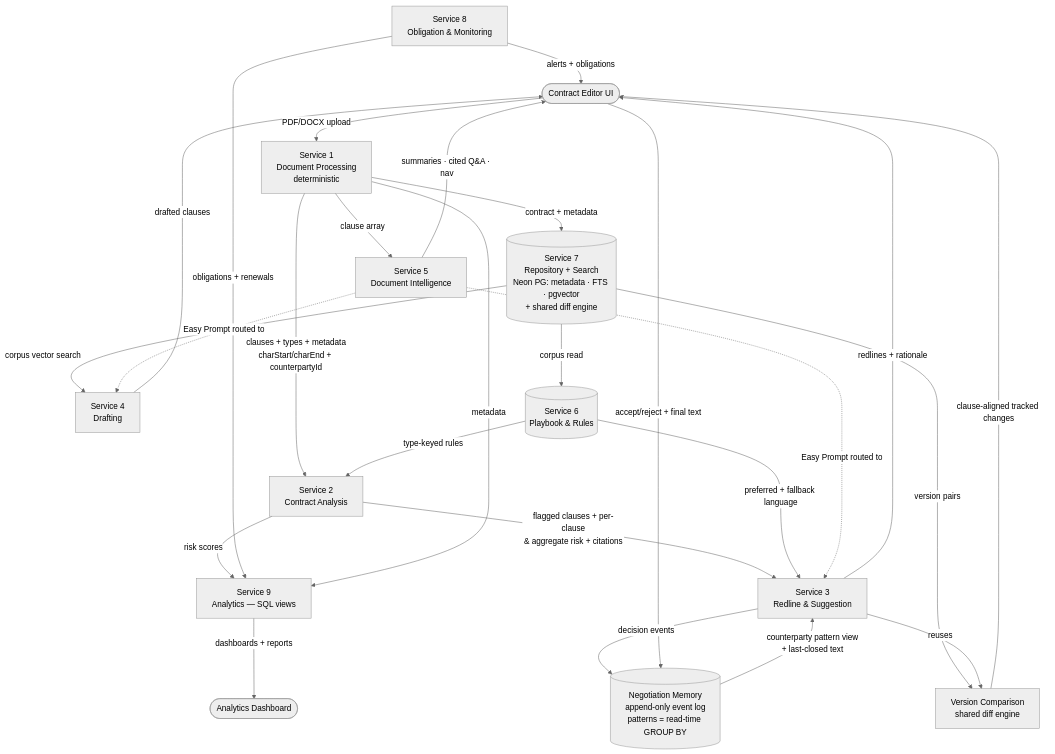
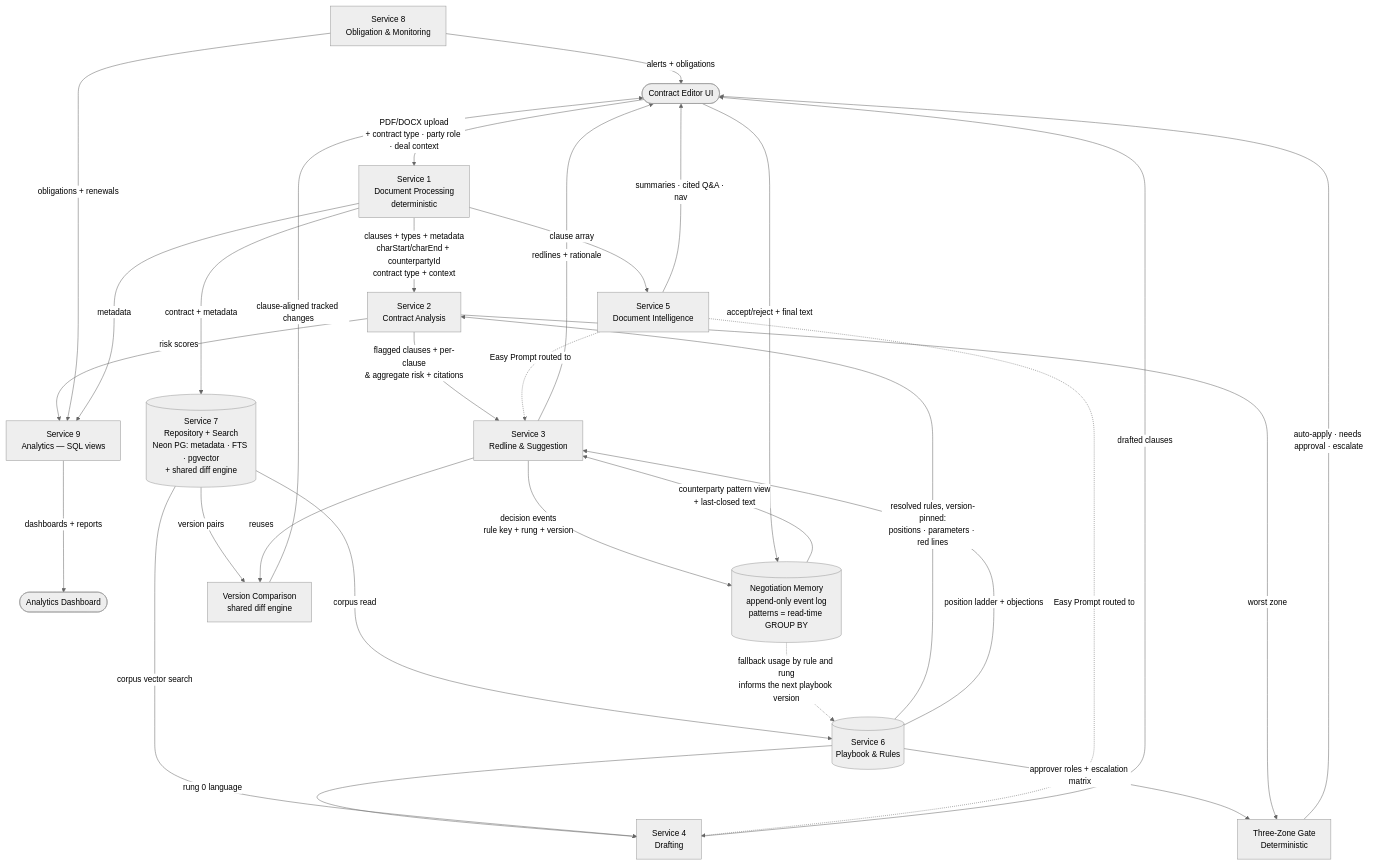
The first of 16 diagrams in development_docs/Architecture.md (Athish49/Precedent), drawn with Mermaid (neutral theme) before and after one commit. The commit also changed other lines of this file and 308 other files, not shown here.

````diff
--- a/development_docs/Architecture.md
+++ b/development_docs/Architecture.md
@@ -19,48 +37,53 @@
 ```mermaid
 flowchart TD
     UI([Contract Editor UI])
     DASH([Analytics Dashboard])
 
     S1[Service 1\nDocument Processing\ndeterministic]
     S2[Service 2\nContract Analysis]
     S3[Service 3\nRedline & Suggestion]
     S4[Service 4\nDrafting]
     S5[Service 5\nDocument Intelligence]
     S6[(Service 6\nPlaybook & Rules)]
     S7[(Service 7\nRepository + Search\nNeon PG: metadata · FTS · pgvector\n+ shared diff engine)]
     S8[Service 8\nObligation & Monitoring]
     S9[Service 9\nAnalytics — SQL views]
     NMS[(Negotiation Memory\nappend-only event log\npatterns = read-time GROUP BY)]
 
-    UI -->|PDF/DOCX upload| S1
-    S1 -->|clauses + types + metadata\ncharStart/charEnd + counterpartyId| S2
+    UI -->|PDF/DOCX upload\n+ contract type · party role · deal context| S1
+    S1 -->|clauses + types + metadata\ncharStart/charEnd + counterpartyId\ncontract type + context| S2
     S2 -->|flagged clauses + per-clause\n& aggregate risk + citations| S3
     S3 -->|redlines + rationale| UI
 
-    S6 -->|type-keyed rules| S2
-    S6 -->|preferred + fallback language| S3
+    S6 -->|resolved rules, version-pinned:\npositions · parameters · red lines| S2
+    S6 -->|position ladder + objections| S3
+    S6 -->|rung 0 language| S4
+    S6 -->|approver roles + escalation matrix| GATE[Three-Zone Gate\nDeterministic]
+    S2 -->|worst zone| GATE
+    GATE -->|auto-apply · needs approval · escalate| UI
     NMS -->|counterparty pattern view\n+ last-closed text| S3
 
     S1 -->|contract + metadata| S7
     S2 -->|risk scores| S9
     S8 -->|obligations + renewals| S9
     S1 -->|metadata| S9
 
     S7 -->|corpus vector search| S4
     S7 -->|corpus read| S6
     S1 -->|clause array| S5
 
     S5 -->|summaries · cited Q&A · nav| UI
     S5 -.->|Easy Prompt routed to| S3
     S5 -.->|Easy Prompt routed to| S4
     S4 -->|drafted clauses| UI
     S8 -->|alerts + obligations| UI
     S9 -->|dashboards + reports| DASH
 
-    S3 -->|decision events| NMS
+    S3 -->|decision events\nrule key + rung + version| NMS
     UI -->|accept/reject + final text| NMS
+    NMS -.->|fallback usage by rule and rung\ninforms the next playbook version| S6
 
     S7 -->|version pairs| VCW[Version Comparison\nshared diff engine]
     VCW -->|clause-aligned tracked changes| UI
     S3 -->|reuses| VCW
 ```
````
